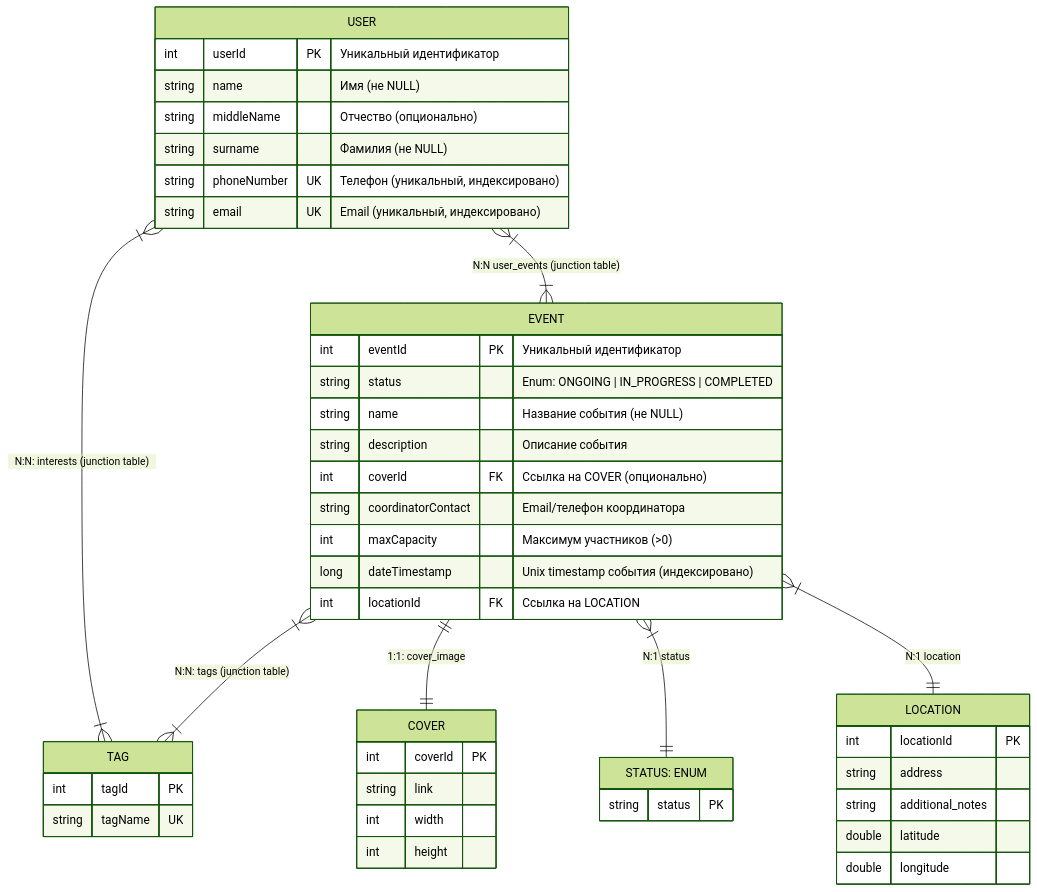
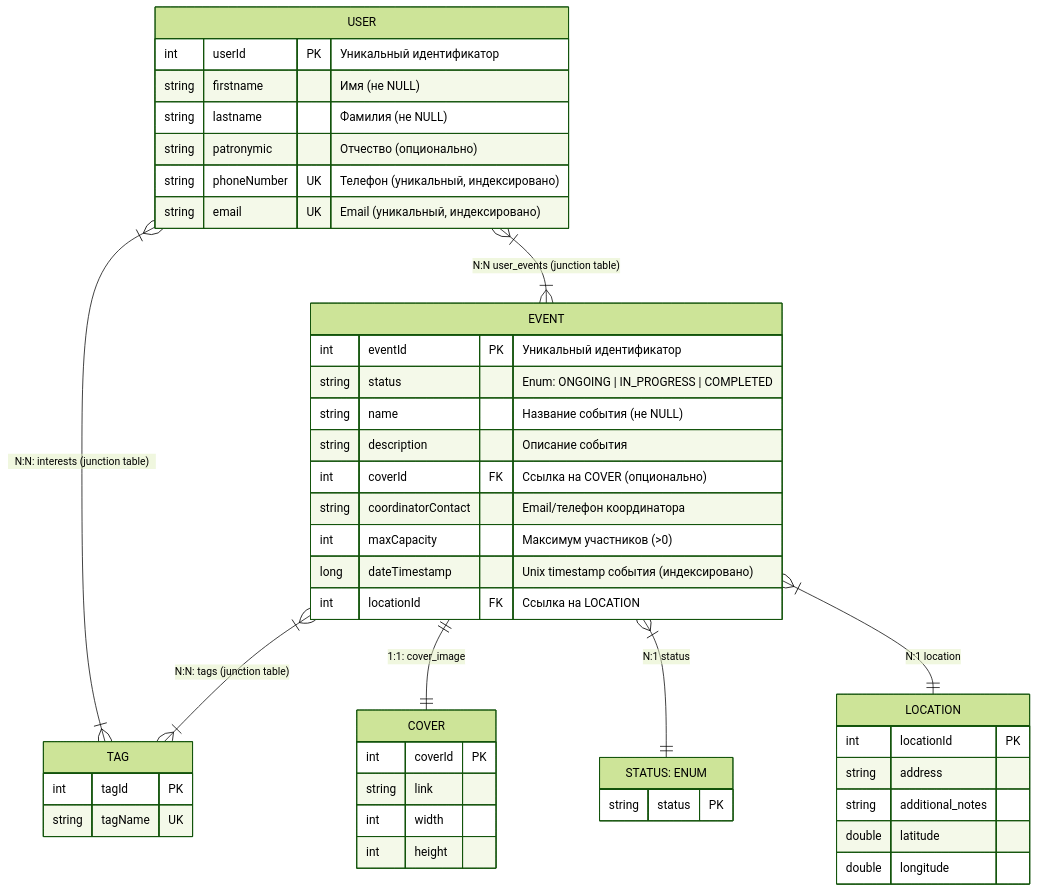
One commit to ADT-VOLUNTEERS-CASE/.github changed the third of 3 diagrams in documentation/architecture/erd.md. Above: the diagram before and after it, drawn with Mermaid (forest theme). The commit also changed other lines of this file, not shown here.

Commit message:
docs(erd.md) replace middleName with patronymic Adjust corresponding index

````diff
--- a/documentation/architecture/erd.md
+++ b/documentation/architecture/erd.md
@@ -107,54 +107,54 @@
 ```mermaid
 erDiagram
-    USER {
-        int userId PK "Уникальный идентификатор"
-        string name "Имя (не NULL)"
-        string middleName "Отчество (опционально)"
-        string surname "Фамилия (не NULL)"
-        string phoneNumber UK "Телефон (уникальный, индексировано)"
-        string email UK "Email (уникальный, индексировано)"
-    }
+   USER {
+      int userId PK "Уникальный идентификатор"
+      string firstname "Имя (не NULL)"
+      string lastname "Фамилия (не NULL)"
+      string patronymic "Отчество (опционально)"
+      string phoneNumber UK "Телефон (уникальный, индексировано)"
+      string email UK "Email (уникальный, индексировано)"
+   }
 
-    EVENT {
-        int eventId PK "Уникальный идентификатор"
-        string status "Enum: ONGOING | IN_PROGRESS | COMPLETED"
-        string name "Название события (не NULL)"
-        string description "Описание события"
-        int coverId FK "Ссылка на COVER (опционально)"
-        string coordinatorContact "Email/телефон координатора"
-        int maxCapacity "Максимум участников (>0)"
-        long dateTimestamp "Unix timestamp события (индексировано)"
-        int locationId FK "Ссылка на LOCATION"
-    }
+   EVENT {
+      int eventId PK "Уникальный идентификатор"
+      string status "Enum: ONGOING | IN_PROGRESS | COMPLETED"
+      string name "Название события (не NULL)"
+      string description "Описание события"
+      int coverId FK "Ссылка на COVER (опционально)"
+      string coordinatorContact "Email/телефон координатора"
+      int maxCapacity "Максимум участников (>0)"
+      long dateTimestamp "Unix timestamp события (индексировано)"
+      int locationId FK "Ссылка на LOCATION"
+   }
 
-    TAG {
-        int tagId PK
-        string tagName UK
-    }
+   TAG {
+      int tagId PK
+      string tagName UK
+   }
 
-    COVER {
-        int coverId PK
-        string link
-        int width
-        int height
-    }
+   COVER {
+      int coverId PK
+      string link
+      int width
+      int height
+   }
 
-    LOCATION {
-        int locationId PK
-        string address
-        string additional_notes
-        double latitude
-        double longitude
-    }
+   LOCATION {
+      int locationId PK
+      string address
+      string additional_notes
+      double latitude
+      double longitude
+   }
 
-    STATUS["STATUS: ENUM"] {
-        string status PK
-    }
+   STATUS["STATUS: ENUM"] {
+      string status PK
+   }
 
-    USER }|--|{ TAG: "N:N: interests (junction table)"
-    USER }|--|{ EVENT: "N:N user_events (junction table)"
-    EVENT }|--|{ TAG: "N:N: tags (junction table)"
-    EVENT ||--|| COVER: "1:1: cover_image"
-    EVENT }|--|| STATUS: "N:1 status"
-    EVENT }|--|| LOCATION: "N:1 location"
+   USER }|--|{ TAG: "N:N: interests (junction table)"
+   USER }|--|{ EVENT: "N:N user_events (junction table)"
+   EVENT }|--|{ TAG: "N:N: tags (junction table)"
+   EVENT ||--|| COVER: "1:1: cover_image"
+   EVENT }|--|| STATUS: "N:1 status"
+   EVENT }|--|| LOCATION: "N:1 location"
 ```
````
